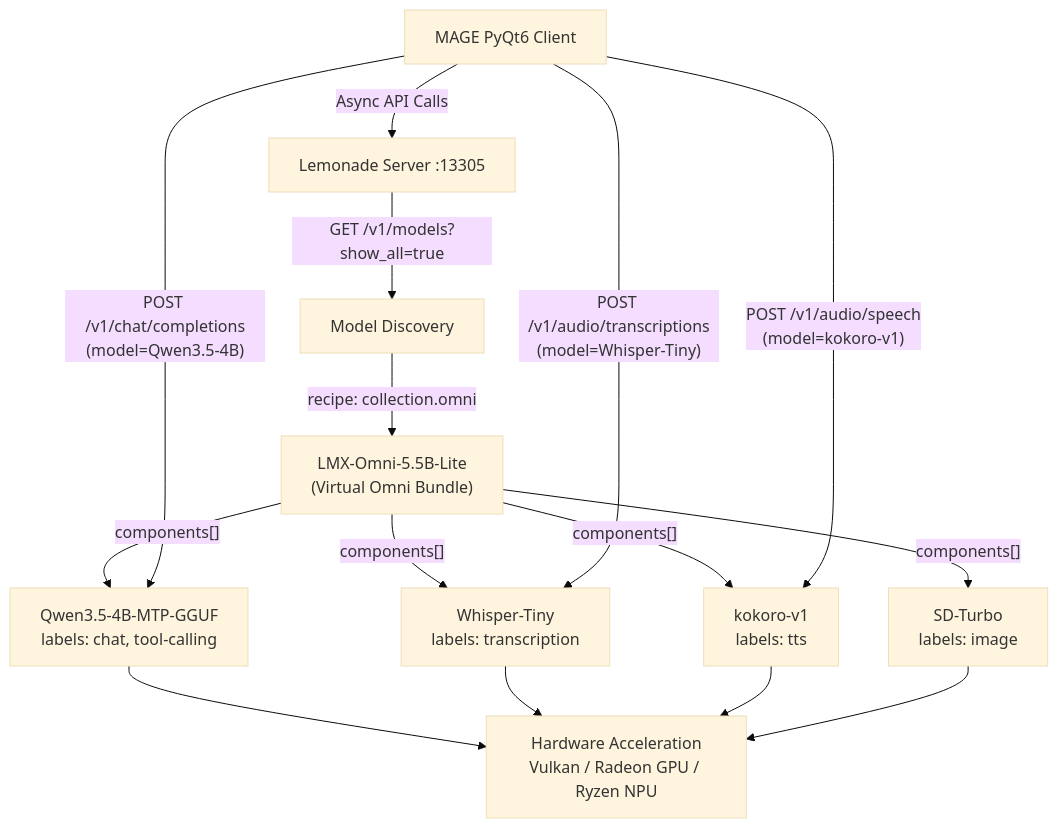
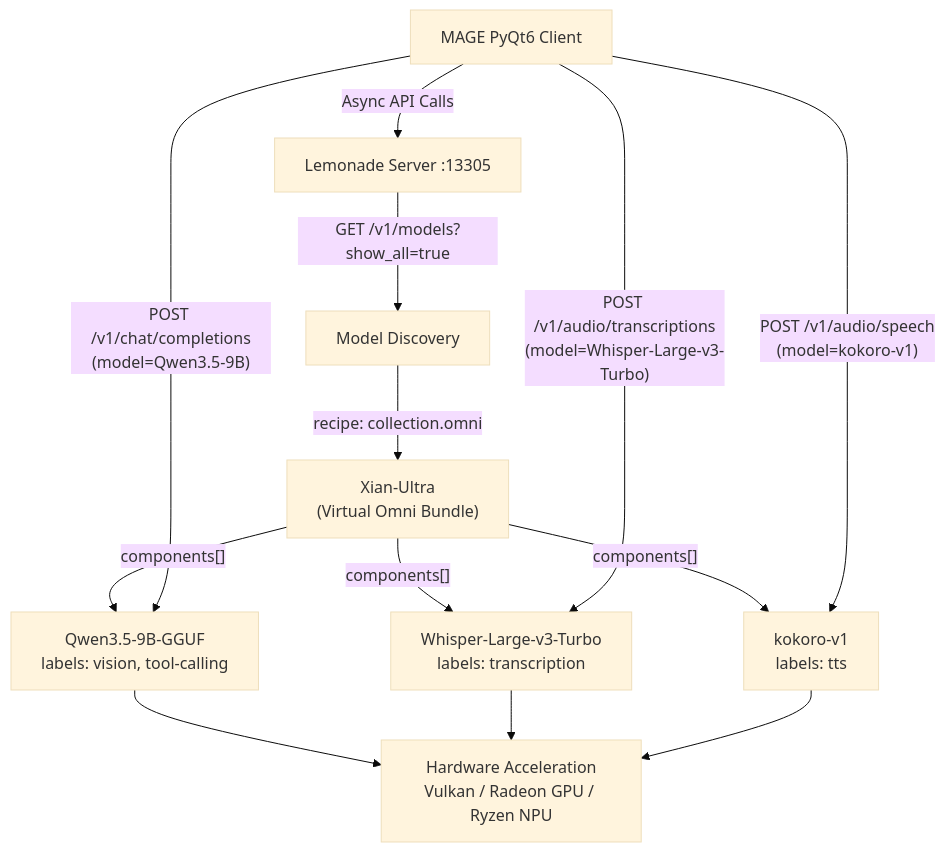
The first of 5 diagrams in docs/AI_ARCHITECTURE.md (clemperorpenguin/xian-vl), drawn with Mermaid (base theme) before and after one commit. The commit also changed other lines of this file and 79 other files, not shown here.

````diff
--- a/docs/AI_ARCHITECTURE.md
+++ b/docs/AI_ARCHITECTURE.md
@@ -13,19 +13,17 @@
 ```mermaid
 graph TD
     Client["MAGE PyQt6 Client"] -->|"Async API Calls"| Gateway["Lemonade Server :13305"]
     Gateway -->|"GET /v1/models?show_all=true"| Discovery["Model Discovery"]
-    Discovery -->|"recipe: collection.omni"| Omni["LMX-Omni-5.5B-Lite\n(Virtual Omni Bundle)"]
-    Omni -->|"components[]"| VLM["Qwen3.5-4B-MTP-GGUF\nlabels: chat, tool-calling"]
-    Omni -->|"components[]"| ASR["Whisper-Tiny\nlabels: transcription"]
+    Discovery -->|"recipe: collection.omni"| Omni["Xian-Ultra\n(Virtual Omni Bundle)"]
+    Omni -->|"components[]"| VLM["Qwen3.5-9B-GGUF\nlabels: vision, tool-calling"]
+    Omni -->|"components[]"| ASR["Whisper-Large-v3-Turbo\nlabels: transcription"]
     Omni -->|"components[]"| TTS["kokoro-v1\nlabels: tts"]
-    Omni -->|"components[]"| IMG["SD-Turbo\nlabels: image"]
 
-    Client -->|"POST /v1/chat/completions\n(model=Qwen3.5-4B)"| VLM
-    Client -->|"POST /v1/audio/transcriptions\n(model=Whisper-Tiny)"| ASR
+    Client -->|"POST /v1/chat/completions\n(model=Qwen3.5-9B)"| VLM
+    Client -->|"POST /v1/audio/transcriptions\n(model=Whisper-Large-v3-Turbo)"| ASR
     Client -->|"POST /v1/audio/speech\n(model=kokoro-v1)"| TTS
 
     VLM --> HW["Hardware Acceleration\nVulkan / Radeon GPU / Ryzen NPU"]
     ASR --> HW
     TTS --> HW
-    IMG --> HW
 ```
````
